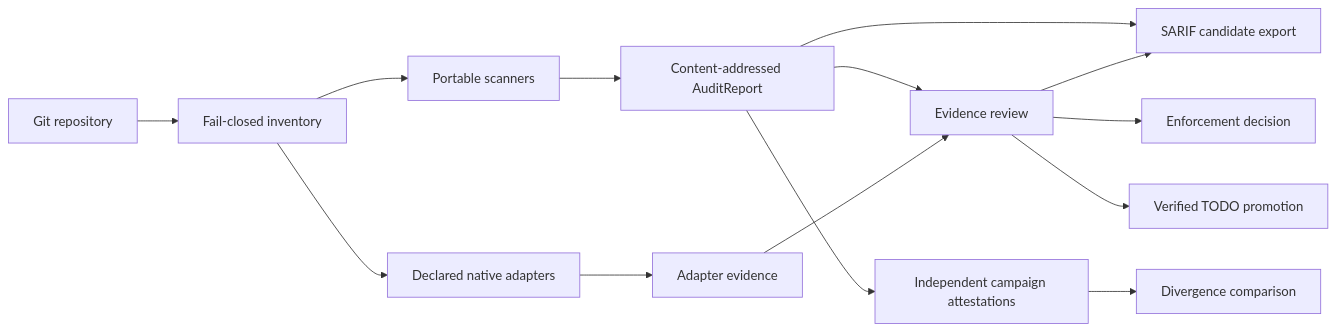
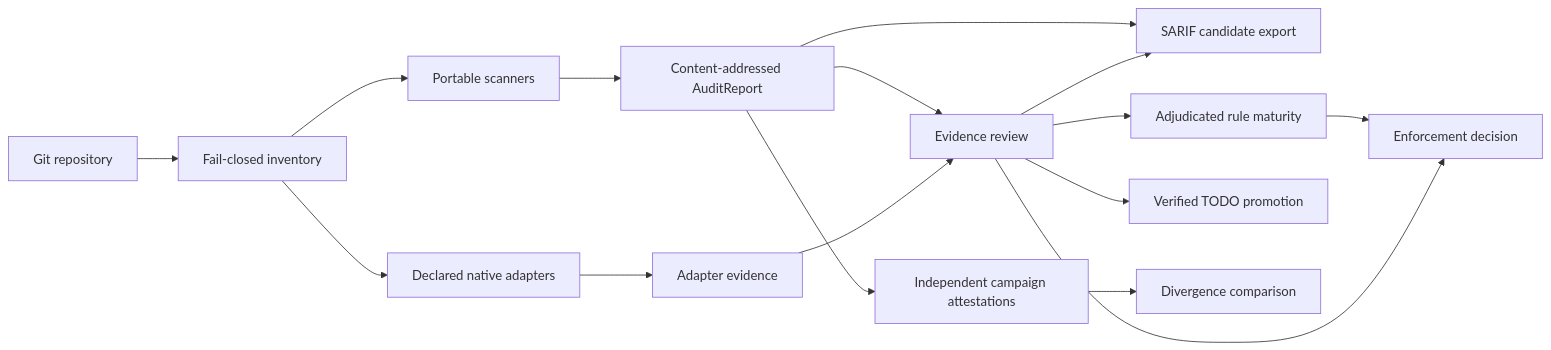
Before and after one commit to anulum/rigor-foundry: the diagram in README.md, drawn with Mermaid. The commit also changed other lines of this file and 22 other files, not shown here.

First line of the commit message:
feat: add evidence-based rule maturity

````diff
--- a/README.md
+++ b/README.md
@@ -45,16 +45,18 @@
 ```mermaid
 flowchart LR
     A[Git repository] --> B[Fail-closed inventory]
     B --> C[Portable scanners]
     B --> D[Declared native adapters]
     C --> E[Content-addressed AuditReport]
     D --> F[Adapter evidence]
     E --> G[Evidence review]
     E --> L[SARIF candidate export]
     G --> L
     F --> G
-    G --> H[Enforcement decision]
+    G --> M[Adjudicated rule maturity]
+    M --> H[Enforcement decision]
+    G --> H
     G --> I[Verified TODO promotion]
     E --> J[Independent campaign attestations]
     J --> K[Divergence comparison]
 ```
````
